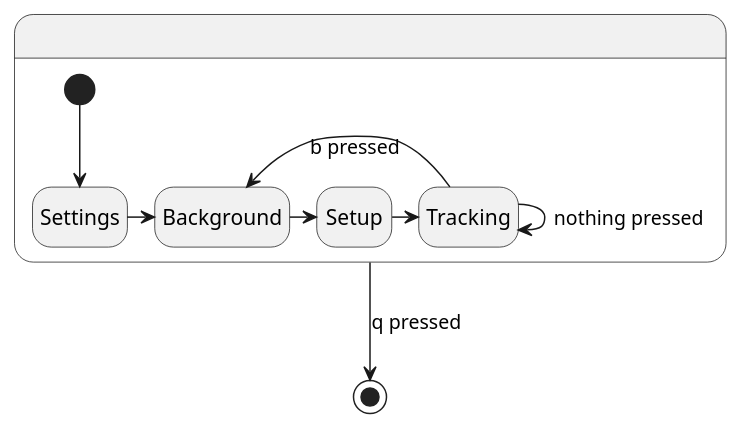
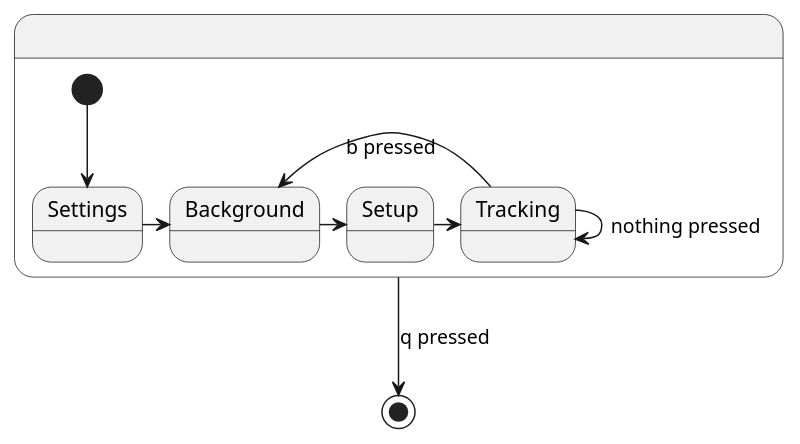
One commit to NewTec-GmbH/SpaceShipRadar changed the diagram in doc/uml/state.puml. Above: the diagram before and after it, drawn with PlantUML.

Commit message:
removed typo?

```diff
--- a/doc/uml/state.puml
+++ b/doc/uml/state.puml
@@ -1,20 +1,19 @@
 @startuml state
-hide empty description
 
 state .{
 state Setup
 state Tracking
 state Settings
 state Background
 
 [*] --> Settings
 Settings -> Background
 Background -> Setup
 Setup -> Tracking
 Tracking -> Tracking : nothing pressed
 Tracking -> Background : b pressed
 }
 
 . --> [*] : q pressed
 
 @enduml
```
